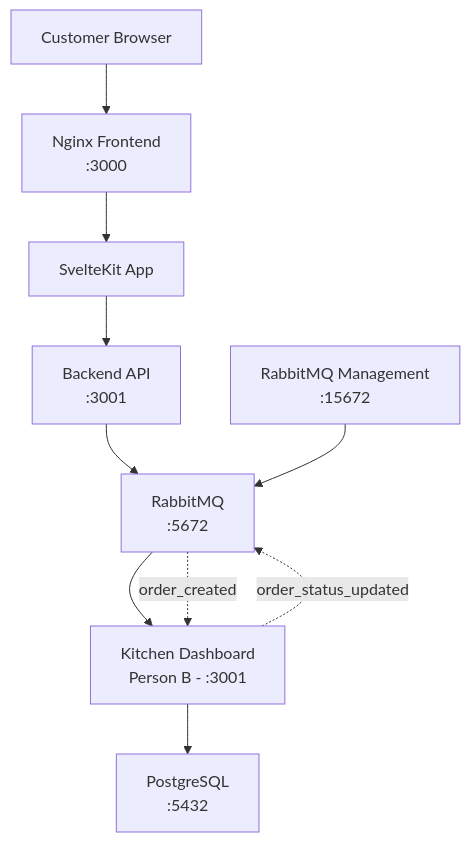
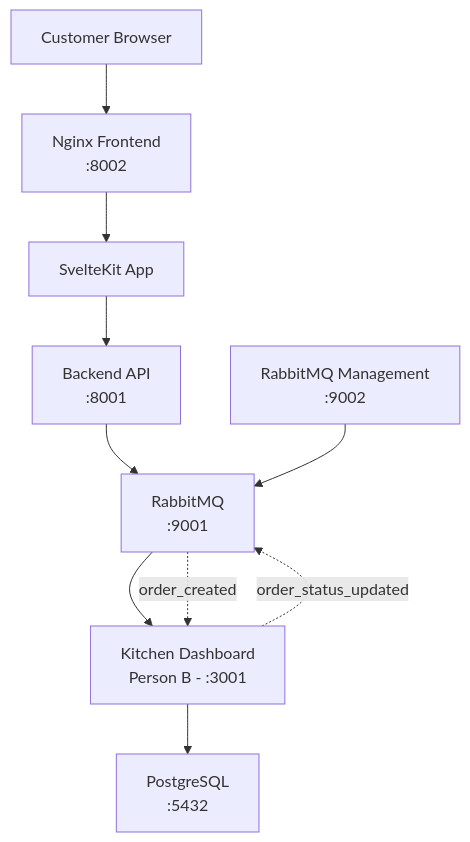
The diagram in README.md (shanicetanhui/ordering-app), drawn with Mermaid before and after one commit. The commit also changed other lines of this file, not shown here.

````diff
--- a/README.md
+++ b/README.md
@@ -148,14 +148,14 @@
 ```mermaid
 graph TB
-    A[Customer Browser] --> B[Nginx Frontend<br/>:3000]
+    A[Customer Browser] --> B[Nginx Frontend<br/>:8002]
     B --> C[SvelteKit App]
-    C --> D[Backend API<br/>:3001]
-    D --> E[RabbitMQ<br/>:5672]
+    C --> D[Backend API<br/>:8001]
+    D --> E[RabbitMQ<br/>:9001]
     E --> F[Kitchen Dashboard<br/>Person B - :3001]
     F --> G[PostgreSQL<br/>:5432]
     
-    H[RabbitMQ Management<br/>:15672] --> E
+    H[RabbitMQ Management<br/>:9002] --> E
     
     E -.-> |order_created| F
     F -.-> |order_status_updated| E
 ```
````
